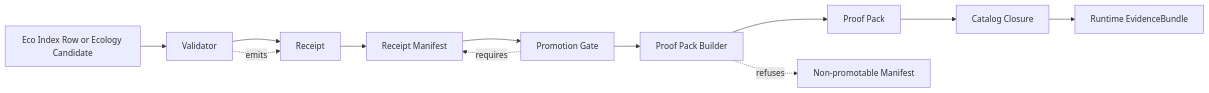
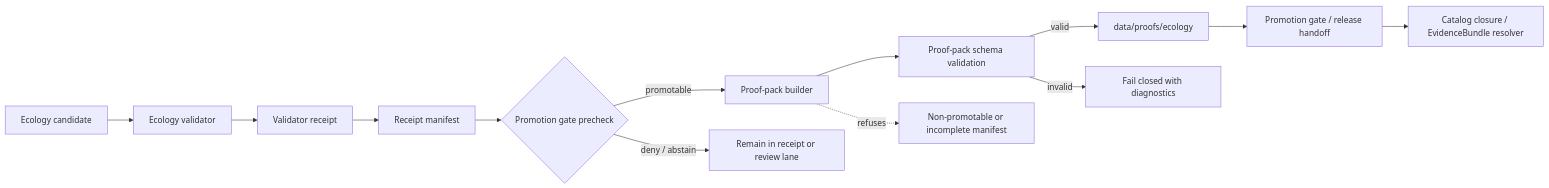
Before and after one commit to bartytime4life/Kansas-Frontier-Matrix: the diagram in tools/proofs/ecology/README.md, drawn with Mermaid. The commit also changed other lines of this file, not shown here.

First line of the commit message:
Revise README for Ecology Proof Pack Toolchain

````diff
--- a/tools/proofs/ecology/README.md
+++ b/tools/proofs/ecology/README.md
@@ -90,15 +118,16 @@
 ```mermaid
 flowchart LR
-  A[Eco Index Row or Ecology Candidate] --> B[Validator]
-  B --> C[Receipt]
-  C --> D[Receipt Manifest]
-  D --> E[Promotion Gate]
-  E --> F[Proof Pack Builder]
-  F --> G[Proof Pack]
-  G --> H[Catalog Closure]
-  H --> I[Runtime EvidenceBundle]
+  A[Ecology candidate] --> B[Ecology validator]
+  B --> C[Validator receipt]
+  C --> D[Receipt manifest]
+  D --> E{Promotion gate precheck}
+  E -- promotable --> F[Proof-pack builder]
+  E -- deny / abstain --> Q[Remain in receipt or review lane]
+  F --> G[Proof-pack schema validation]
+  G -- valid --> H[data/proofs/ecology]
+  G -- invalid --> R[Fail closed with diagnostics]
+  H --> I[Promotion gate / release handoff]
+  I --> J[Catalog closure / EvidenceBundle resolver]
 
-  B -. emits .-> C
-  E -. requires .-> D
-  F -. refuses .-> X[Non-promotable Manifest]
+  F -. refuses .-> X[Non-promotable or incomplete manifest]
 ```
````
